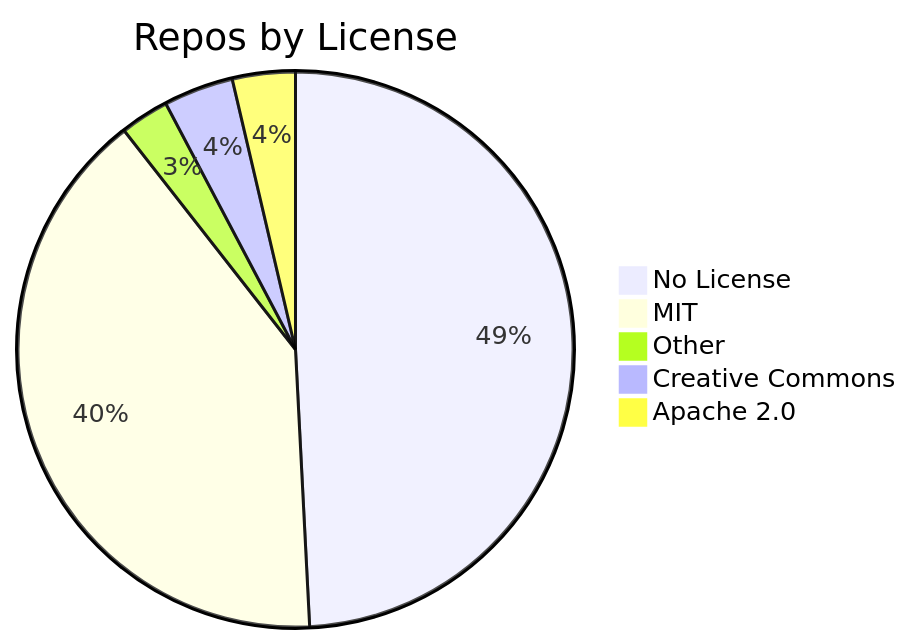
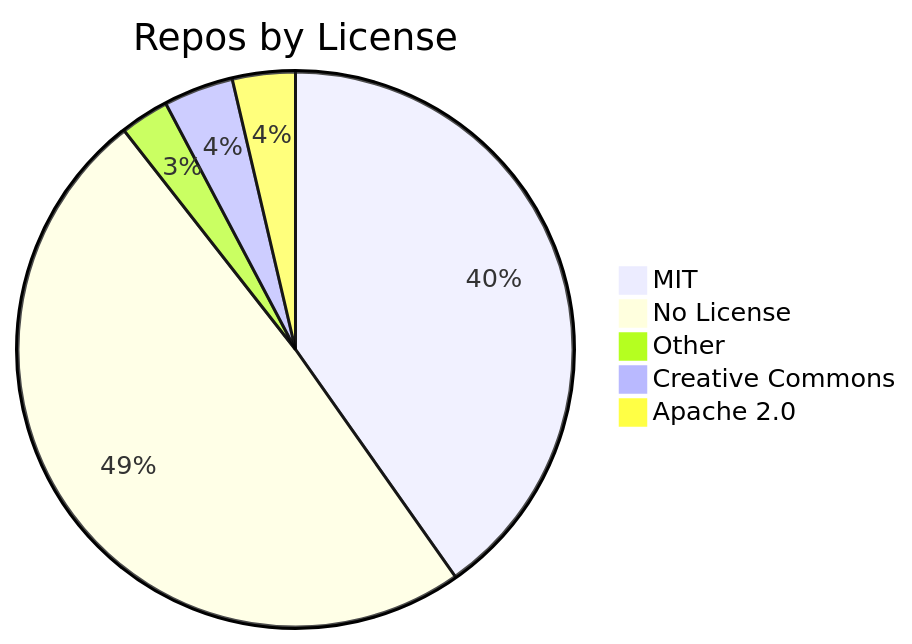
The diagram in README.md (jpatterson933/awesome-mcp-server-index), drawn with Mermaid before and after one commit. The commit also changed other lines of this file and 3 other files, not shown here.

````diff
--- a/README.md
+++ b/README.md
@@ -29,8 +29,8 @@
 ```mermaid
 pie title Repos by License
+    "MIT" : 99
     "No License" : 121
-    "MIT" : 99
     "Other" : 7
     "Creative Commons" : 10
     "Apache 2.0" : 9
 ```
````
